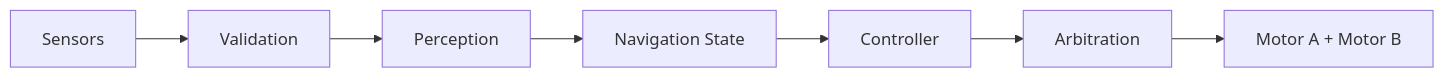
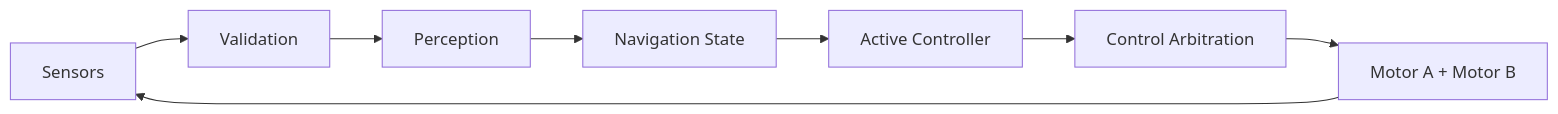
One commit to Piolintech123/WRO2026-FE-PiolinTech changed the first of 5 diagrams in README.md. Above: the diagram before and after it, drawn with Mermaid. The commit also changed other lines of this file, not shown here.

````diff
--- a/README.md
+++ b/README.md
@@ -530,9 +793,10 @@
 ```mermaid
 flowchart LR
     S[Sensors] --> V[Validation]
     V --> P[Perception]
     P --> ST[Navigation State]
-    ST --> C[Controller]
-    C --> A[Arbitration]
+    ST --> C[Active Controller]
+    C --> A[Control Arbitration]
     A --> M[Motor A + Motor B]
+    M --> S
 ```
````
